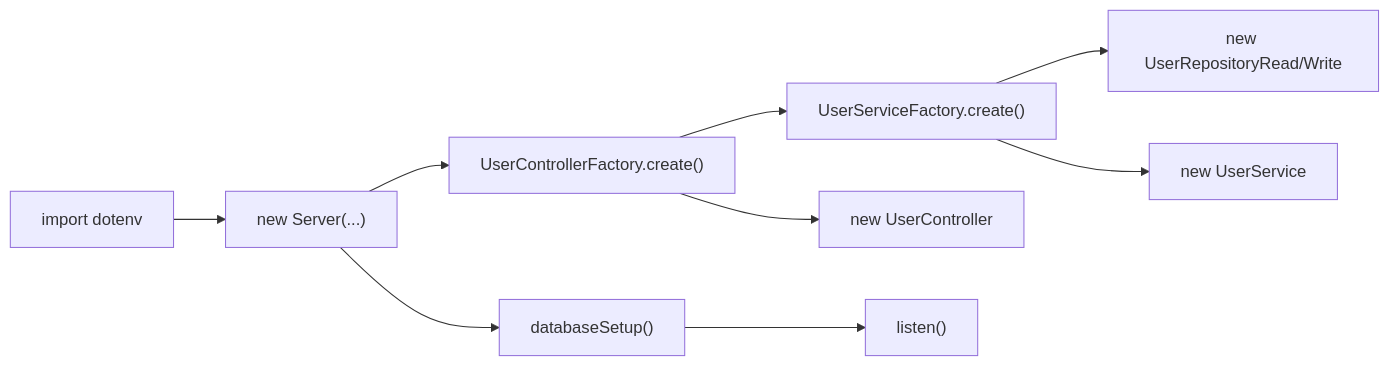
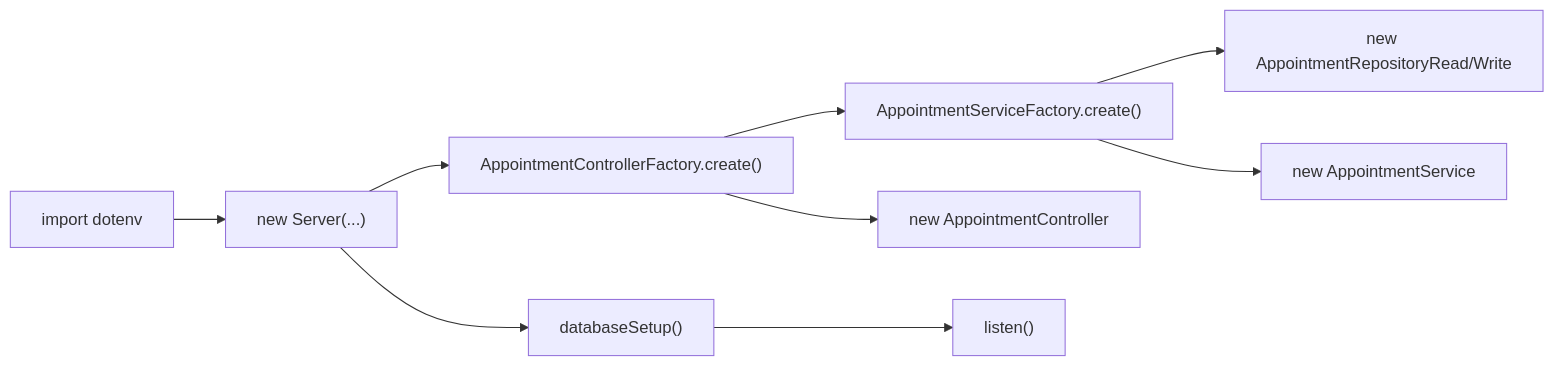
The third of 8 diagrams in docs/arquitetura-e-camadas.md (FilipePaixao/api-fin-control), drawn with Mermaid before and after one commit. The commit also changed other lines of this file and 14 other files, not shown here.

Commit message:
feat: add new agents and rules for architectural review, development, testing, and verification in Node.js/TypeScript project

````diff
--- a/docs/arquitetura-e-camadas.md
+++ b/docs/arquitetura-e-camadas.md
@@ -107,11 +107,11 @@
 ```mermaid
 flowchart LR
   A["import dotenv"] --> B["new Server(...)"]
-  B --> C["UserControllerFactory.create()"]
-  C --> D["UserServiceFactory.create()"]
-  D --> E["new UserRepositoryRead/Write"]
-  D --> F["new UserService"]
-  C --> G["new UserController"]
+  B --> C["AppointmentControllerFactory.create()"]
+  C --> D["AppointmentServiceFactory.create()"]
+  D --> E["new AppointmentRepositoryRead/Write"]
+  D --> F["new AppointmentService"]
+  C --> G["new AppointmentController"]
   B --> H["databaseSetup()"]
   H --> I["listen()"]
 ```
````
